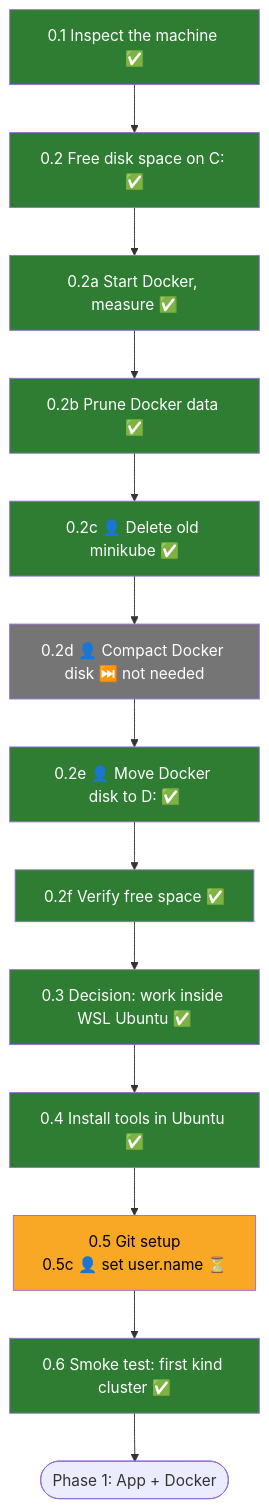
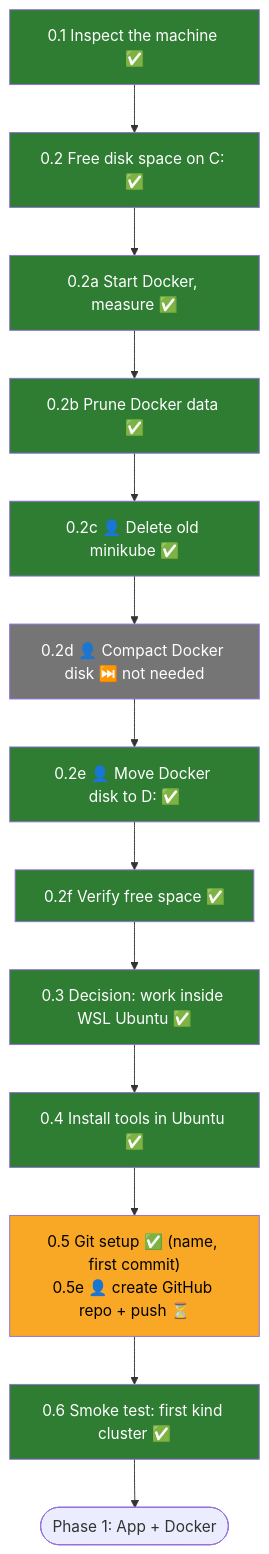
One commit to valinfernanda/devops-project changed the first of 6 diagrams in docs/00-setup.md. Above: the diagram before and after it, drawn with Mermaid. The commit also changed other lines of this file and 1 other file, not shown here.

Commit message:
docs: record Git identity, first commit and GitHub push steps

````diff
--- a/docs/00-setup.md
+++ b/docs/00-setup.md
@@ -15,22 +15,22 @@
 ```mermaid
 flowchart TD
     A["0.1 Inspect the machine ✅"] --> B["0.2 Free disk space on C: ✅"]
     B --> B1["0.2a Start Docker, measure ✅"]
     B1 --> B2["0.2b Prune Docker data ✅"]
     B2 --> B3["0.2c 👤 Delete old minikube ✅"]
     B3 --> B4["0.2d 👤 Compact Docker disk ⏭️ not needed"]
     B4 --> B5["0.2e 👤 Move Docker disk to D: ✅"]
     B5 --> B6["0.2f Verify free space ✅"]
     B6 --> C["0.3 Decision: work inside WSL Ubuntu ✅"]
     C --> D["0.4 Install tools in Ubuntu ✅"]
-    D --> E["0.5 Git setup<br/>0.5c 👤 set user.name ⏳"]
+    D --> E["0.5 Git setup ✅ (name, first commit)<br/>0.5e 👤 create GitHub repo + push ⏳"]
     E --> F["0.6 Smoke test: first kind cluster ✅"]
     F --> G(["Phase 1: App + Docker"])
 
     classDef done fill:#2e7d32,color:#fff
     classDef wait fill:#f9a825,color:#000
     classDef skip fill:#757575,color:#fff
     class A,B,B1,B2,B3,B5,B6,C,D,F done
     class E wait
     class B4 skip
 ```
````
